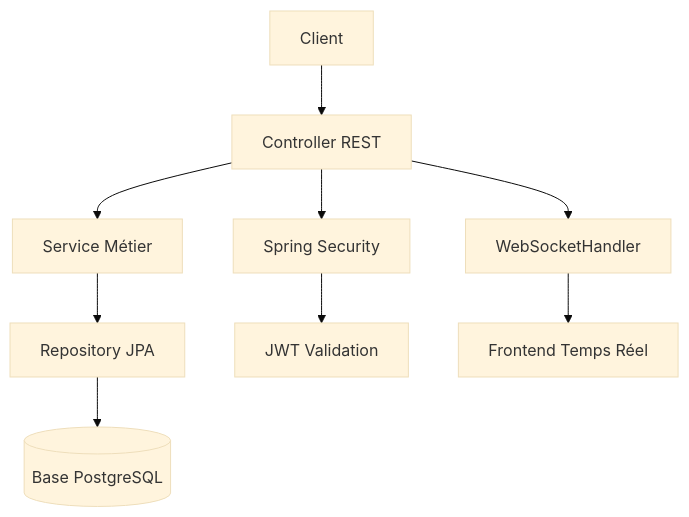
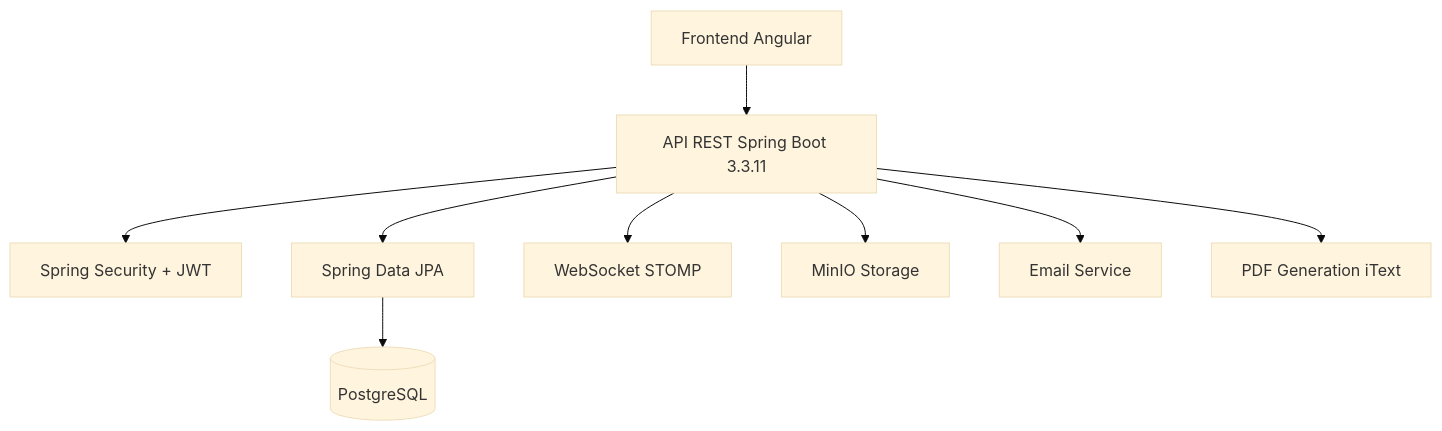
Before and after one commit to myfinal48/internship-management-backend: the diagram in README.md, drawn with Mermaid (base theme). The commit also changed other lines of this file, not shown here.

````diff
--- a/README.md
+++ b/README.md
@@ -8,11 +143,11 @@
 ```mermaid
 graph TD
-  A[Client] --> B[Controller REST]
-  B --> C[Service Métier]
-  C --> D[Repository JPA]
-  D --> E[(Base PostgreSQL)]
-  B --> F[Spring Security]
-  F --> G[JWT Validation]
-  B --> H[WebSocketHandler]
-  H --> I[Frontend Temps Réel]
+    A[Frontend Angular] --> B[API REST Spring Boot 3.3.11]
+    B --> C[Spring Security + JWT]
+    B --> D[Spring Data JPA]
+    D --> E[(PostgreSQL)]
+    B --> F[WebSocket STOMP]
+    B --> G[MinIO Storage]
+    B --> H[Email Service]
+    B --> I[PDF Generation iText]
 ```
````
